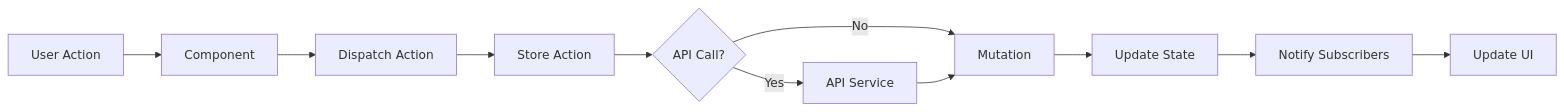
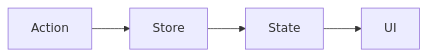
Before and after one commit to cmdav/salesbook-frontend: the ninth of 9 diagrams in docs/FLOW_DIAGRAMS.md, drawn with Mermaid. The commit also changed other lines of this file, not shown here.

Commit message:
updated flow

````diff
--- a/docs/FLOW_DIAGRAMS.md
+++ b/docs/FLOW_DIAGRAMS.md
@@ -144,13 +75,6 @@
 ```mermaid
 graph LR
-    Action[User Action] --> Component[Component]
-    Component --> Dispatch[Dispatch Action]
-    Dispatch --> Store[Store Action]
-    Store --> ApiCheck{API Call?}
-    ApiCheck -->|Yes| Api[API Service]
-    ApiCheck -->|No| Mutate[Mutation]
-    Api --> Mutate
-    Mutate --> StateUpdate[Update State]
-    StateUpdate --> Notify[Notify Subscribers]
-    Notify --> UpdateUI[Update UI]
+    A[Action] --> B[Store]
+    B --> C[State]
+    C --> D[UI]
 ```
````
